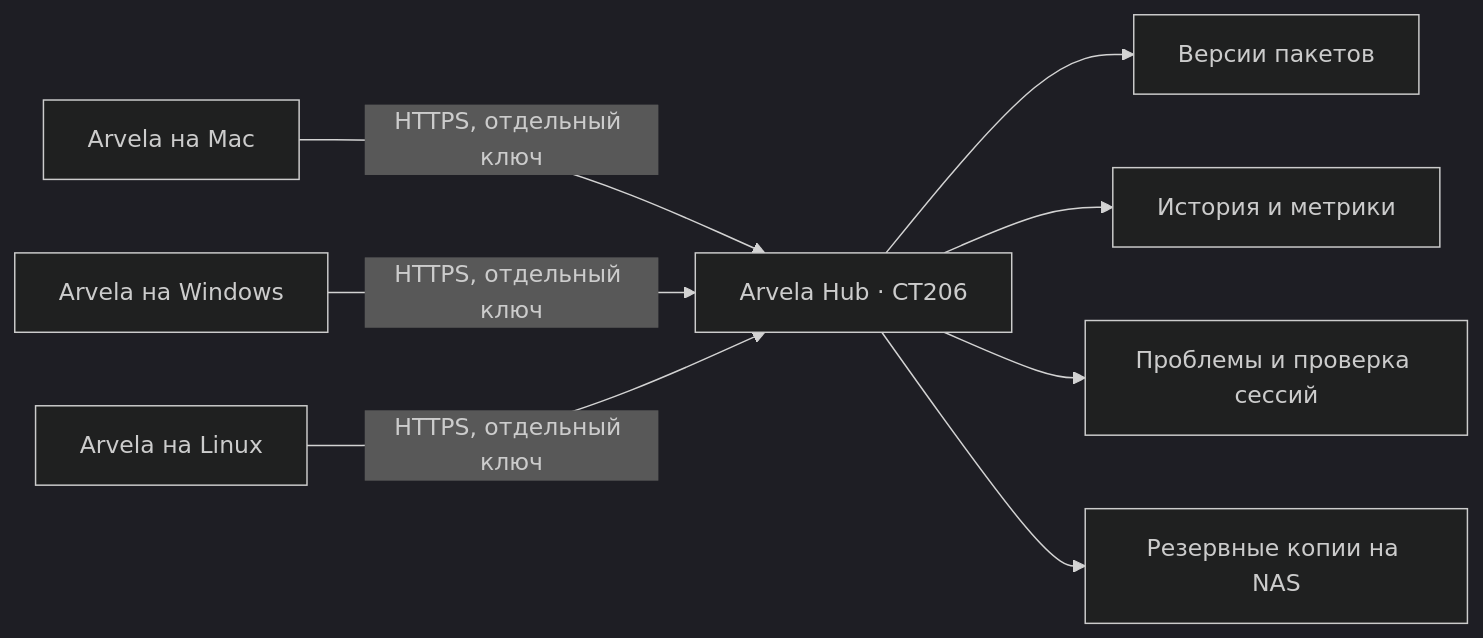
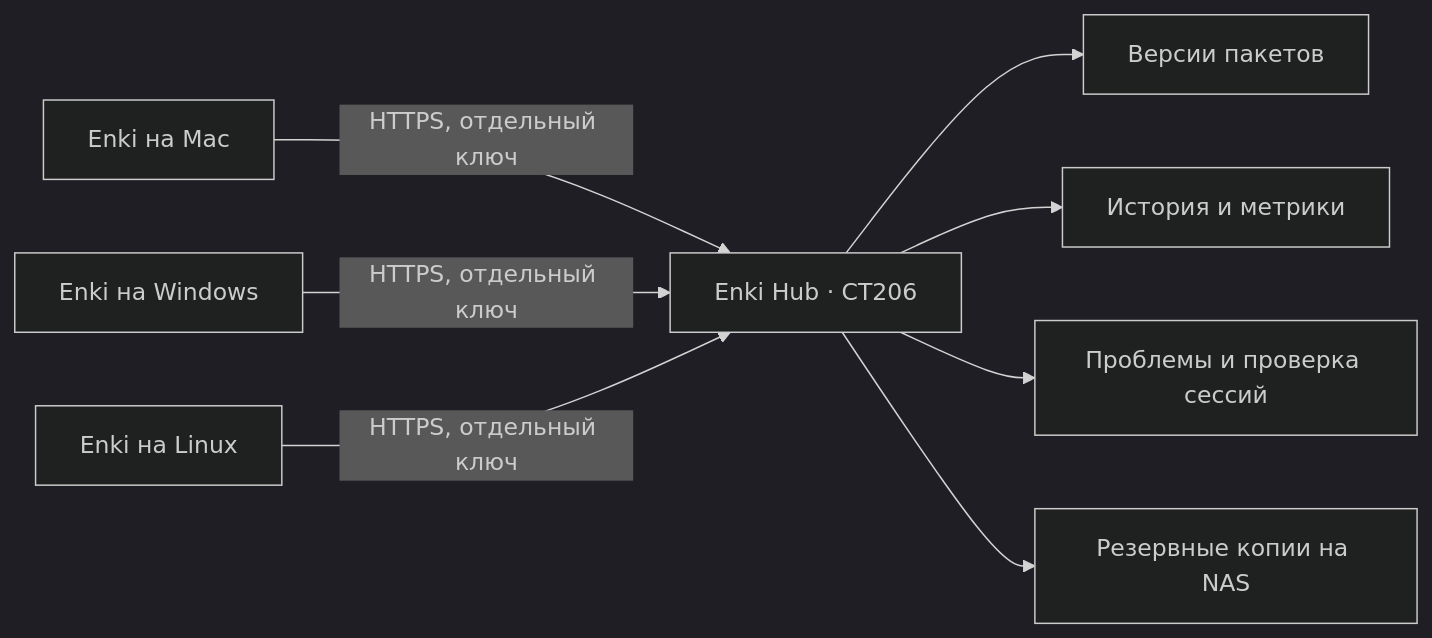
One commit to VladimirKraswov/arvela changed the diagram in docs/ARVELA-HUB.md. Above: the diagram before and after it, drawn with Mermaid (dark theme). The commit also changed other lines of this file and 151 other files, not shown here.

````diff
--- a/docs/ARVELA-HUB.md
+++ b/docs/ARVELA-HUB.md
@@ -18,10 +18,10 @@
 ```mermaid
 flowchart LR
-  Mac[Arvela на Mac] -->|HTTPS, отдельный ключ| Hub[Arvela Hub · CT206]
-  Win[Arvela на Windows] -->|HTTPS, отдельный ключ| Hub
-  Linux[Arvela на Linux] -->|HTTPS, отдельный ключ| Hub
+  Mac[Enki на Mac] -->|HTTPS, отдельный ключ| Hub[Enki Hub · CT206]
+  Win[Enki на Windows] -->|HTTPS, отдельный ключ| Hub
+  Linux[Enki на Linux] -->|HTTPS, отдельный ключ| Hub
   Hub --> Catalog[Версии пакетов]
   Hub --> History[История и метрики]
   Hub --> Review[Проблемы и проверка сессий]
   Hub --> NAS[Резервные копии на NAS]
 ```
````
